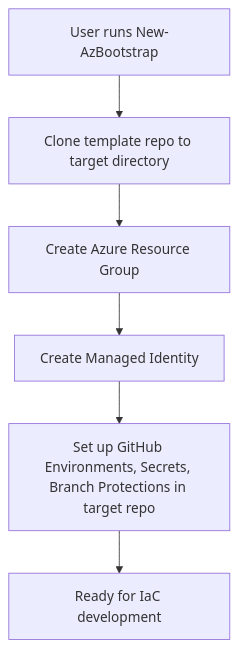
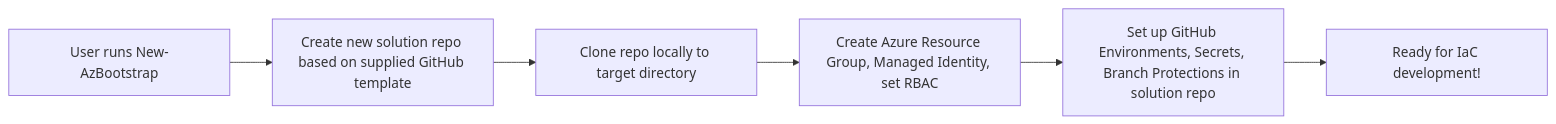
The diagram in DESIGN.md (kewalaka/az-bootstrap), drawn with Mermaid before and after one commit. The commit also changed 1 other file, not shown here.

Commit message:
fix: better mermaid diagram

````diff
--- a/DESIGN.md
+++ b/DESIGN.md
@@ -35,8 +35,8 @@
 ```mermaid
-flowchart TD
-    A[User runs New-AzBootstrap] --> B[Clone template repo to target directory]
-    B --> C[Create Azure Resource Group]
-    C --> D[Create Managed Identity]
-    D --> E[Set up GitHub Environments, Secrets, Branch Protections in target repo]
-    E --> F[Ready for IaC development]
+flowchart LR
+    A[User runs New-AzBootstrap] --> B[Create new solution repo based on supplied GitHub template]
+    B --> C[Clone repo locally to target directory]
+    C --> D[Create Azure Resource Group, Managed Identity, set RBAC]
+    D --> E[Set up GitHub Environments, Secrets, Branch Protections in solution repo]
+    E --> F[Ready for IaC development!]
 ```
````
